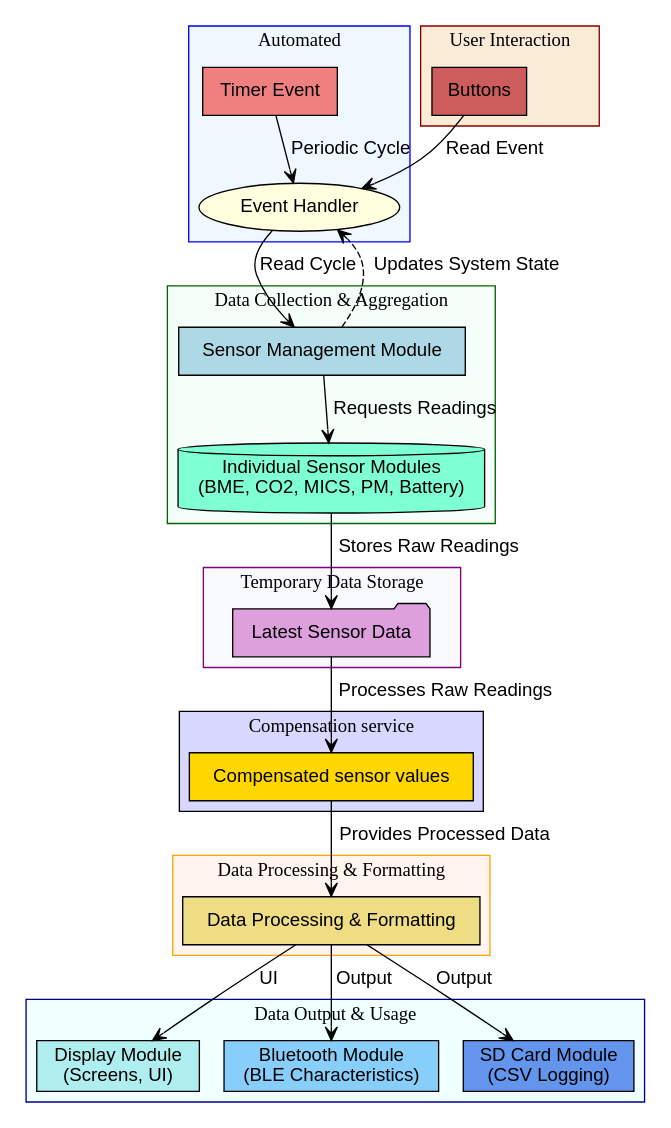
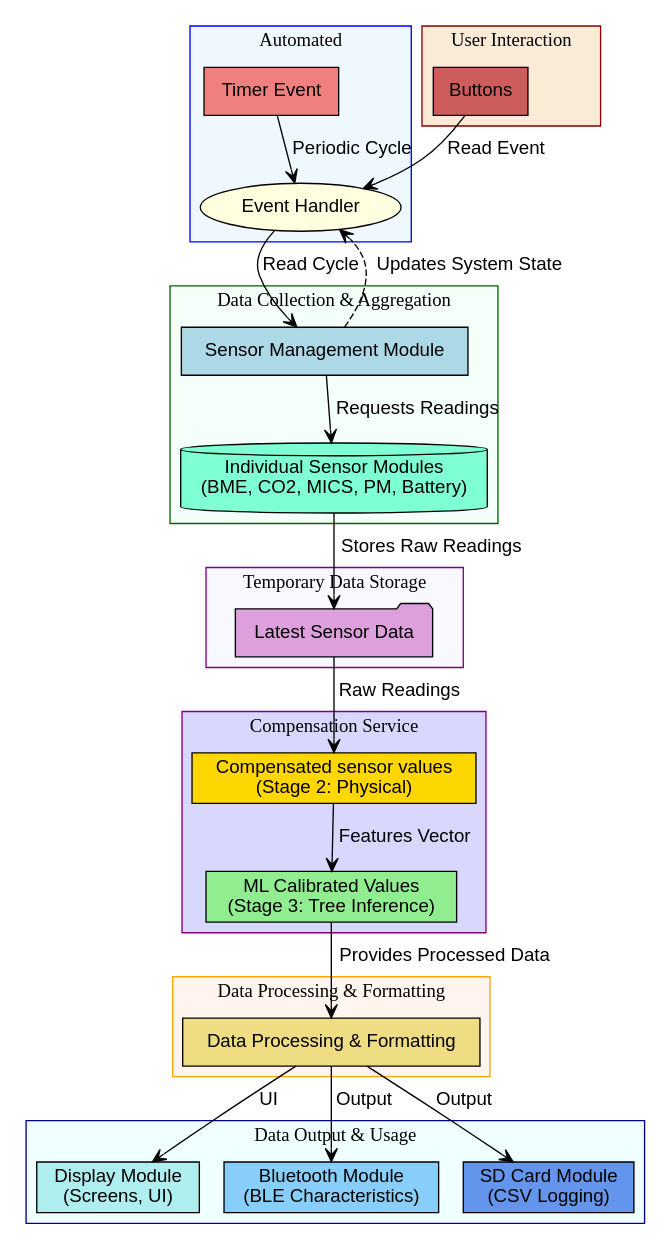
Before and after one commit to Pollution-tracking/EnvSensor-firmware: the diagram in docs/diagrams/cityairq_sensor_pipeline.dot, drawn with Graphviz. The commit also changed 8 other files, not shown here.

Commit message:
docs: update architecture/pipeline diagrams with Stage 3 ML calibration and add dedicated ML pipeline rendering

```diff
--- a/docs/diagrams/cityairq_sensor_pipeline.dot
+++ b/docs/diagrams/cityairq_sensor_pipeline.dot
@@ -1,94 +1,96 @@
 digraph SensorDataPipeline_SimplifiedFurther {
     rankdir=TB; // Top to bottom layout
     node [shape=box, style=filled, fontname="Helvetica"];
     edge [fontname="Helvetica", arrowhead=vee];
 
     // Clusters for logical grouping
     subgraph cluster_initiation {
         label = "Automated";
         color=blue;
         style=filled;
         fillcolor="#F0F8FF"; // AliceBlue
 
         TimerEvent [label="Timer Event", fillcolor="lightcoral"];
         MainOrchestrator [label="Event Handler", shape=ellipse, fillcolor="lightyellow"];
 
         TimerEvent -> MainOrchestrator [label="Periodic Cycle"];
     }
 
     subgraph cluster_collection {
         label = "Data Collection & Aggregation";
         color=darkgreen;
         style=filled;
         fillcolor="#F5FFFA"; // MintCream
 
         SensorManagement [label="Sensor Management Module", fillcolor="lightblue"];
         IndividualSensors [label="Individual Sensor Modules\n(BME, CO2, MICS, PM, Battery)", shape=cylinder, fillcolor="aquamarine"];
 
         MainOrchestrator -> SensorManagement [label="Read Cycle"];
         SensorManagement -> IndividualSensors [label="Requests Readings"];
     }
 
     subgraph cluster_storage {
         label = "Temporary Data Storage";
         color=purple;
         style=filled;
         fillcolor="#F8F8FF"; // GhostWhite
 
         LatestSensorData [label="Latest Sensor Data", shape=folder, fillcolor="plum"];
 
         IndividualSensors -> LatestSensorData [label="Stores Raw Readings"];
     }
     
     subgraph cluster_compensation {
-        label = "Compensation service";
-        color=darkpurple;
+        label = "Compensation Service";
+        color=purple;
         style=filled;
-        fillcolor="#D8D8FF"; // GhostWhite
+        fillcolor="#D8D8FF";
 
-        CompensatedSensorData [label="Compensated sensor values", shape=rectangle, fillcolor="gold"];
+        CompensatedSensorData [label="Compensated sensor values\n(Stage 2: Physical)", shape=rectangle, fillcolor="gold"];
+        MLCalibratedData [label="ML Calibrated Values\n(Stage 3: Tree Inference)", shape=rectangle, fillcolor="lightgreen"];
 
-        LatestSensorData -> CompensatedSensorData [label="Processes Raw Readings"];
+        LatestSensorData -> CompensatedSensorData [label="Raw Readings"];
+        CompensatedSensorData -> MLCalibratedData [label="Features Vector"];
     }
 
     subgraph cluster_processing {
         label = "Data Processing & Formatting";
         color=orange;
         style=filled;
         fillcolor="#FFF5EE"; // Seashell
 
         DataProcessingModule [label="Data Processing & Formatting", fillcolor="lightgoldenrod"];
     }
 
     subgraph cluster_output {
         label = "Data Output & Usage";
         color=darkblue;
         style=filled;
         fillcolor="#F0FFFF"; // Azure
 
         DisplayModule [label="Display Module\n(Screens, UI)", fillcolor="paleturquoise"];
         BluetoothModule [label="Bluetooth Module\n(BLE Characteristics)", fillcolor="lightskyblue"];
         SDCardModule [label="SD Card Module\n(CSV Logging)", fillcolor="cornflowerblue"];
 
         DataProcessingModule -> DisplayModule [label="UI"];
         DataProcessingModule -> {BluetoothModule, SDCardModule} [label="Output"];
     }
 
     // Connections between clusters
-    CompensatedSensorData -> DataProcessingModule [label="Provides Processed Data"];
+    MLCalibratedData -> DataProcessingModule [label="Provides Processed Data"];
 
     // User Interaction (async)
     subgraph cluster_user_interaction {
         label = "User Interaction";
         color=darkred;
         style=filled;
         fillcolor="#FAEBD7"; // AntiqueWhite
         
         UserInput [label="Buttons", fillcolor="indianred"];
         
         UserInput -> MainOrchestrator [label="Read Event"];
     }
     
     // Asynchronous control flow related to sensors and data
     SensorManagement -> MainOrchestrator [label="Updates System State", style=dashed];
 }
```
